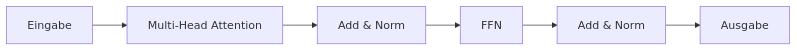
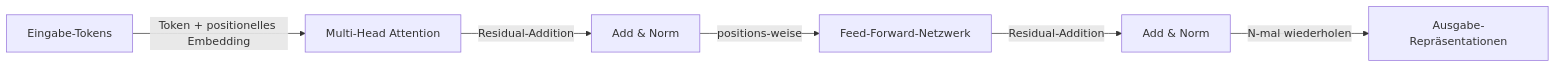
The diagram in i18n/de/docusaurus-plugin-content-docs/current/transformers/index.md (EmersonBraun/ai-summary-hub), drawn with Mermaid before and after one commit. The commit also changed other lines of this file and 178 other files, not shown here.

````diff
--- a/i18n/de/docusaurus-plugin-content-docs/current/transformers/index.md
+++ b/i18n/de/docusaurus-plugin-content-docs/current/transformers/index.md
@@ -23,8 +21,8 @@
 ```mermaid
 flowchart LR
-  A[Eingabe] --> B[Multi-Head Attention]
-  B --> C[Add & Norm]
-  C --> D[FFN]
-  D --> E[Add & Norm]
-  E --> F[Ausgabe]
+  A[Eingabe-Tokens] -->|Token + positionelles Embedding| B[Multi-Head Attention]
+  B -->|Residual-Addition| C[Add & Norm]
+  C -->|positions-weise| D[Feed-Forward-Netzwerk]
+  D -->|Residual-Addition| E[Add & Norm]
+  E -->|N-mal wiederholen| F[Ausgabe-Repräsentationen]
 ```
````
